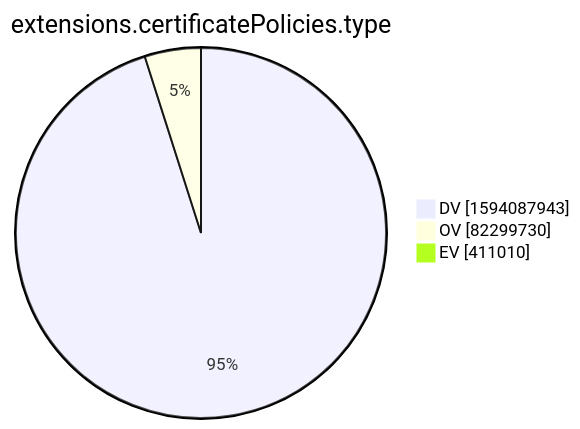
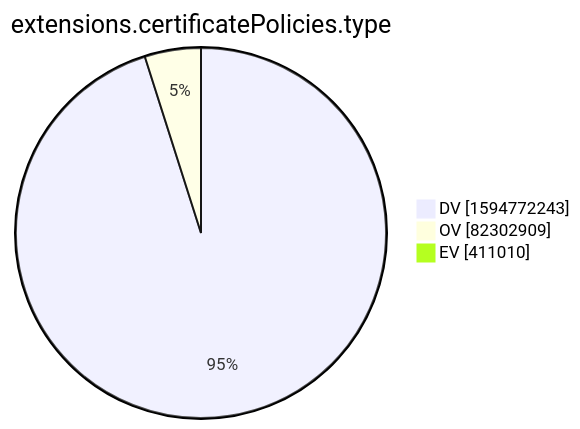
The tenth of 15 diagrams in xenon2022/README.md (christiankrug/ctmonitor_visualization), drawn with Mermaid before and after one commit. The commit also changed other lines of this file, not shown here.

````diff
--- a/xenon2022/README.md
+++ b/xenon2022/README.md
@@ -2878,7 +2878,7 @@
 ```mermaid
 pie showData
 title extensions.certificatePolicies.type
-"DV" :1594087943
-"OV" :82299730
+"DV" :1594772243
+"OV" :82302909
 "EV" :411010
 ```
````
